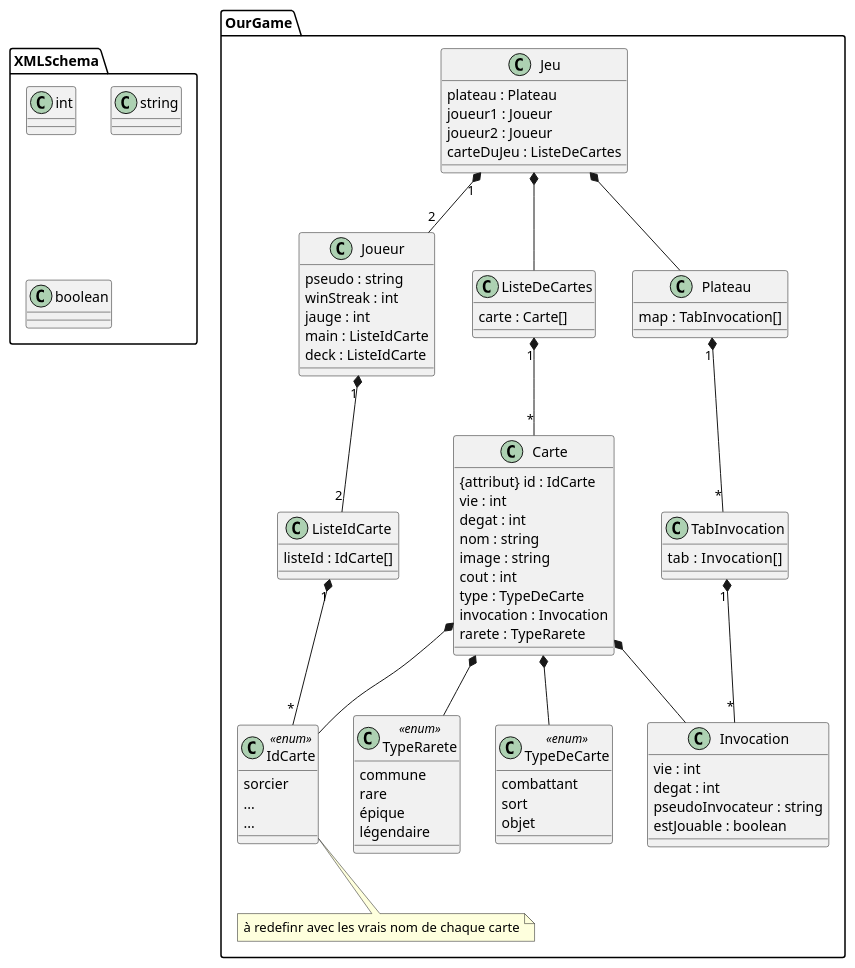
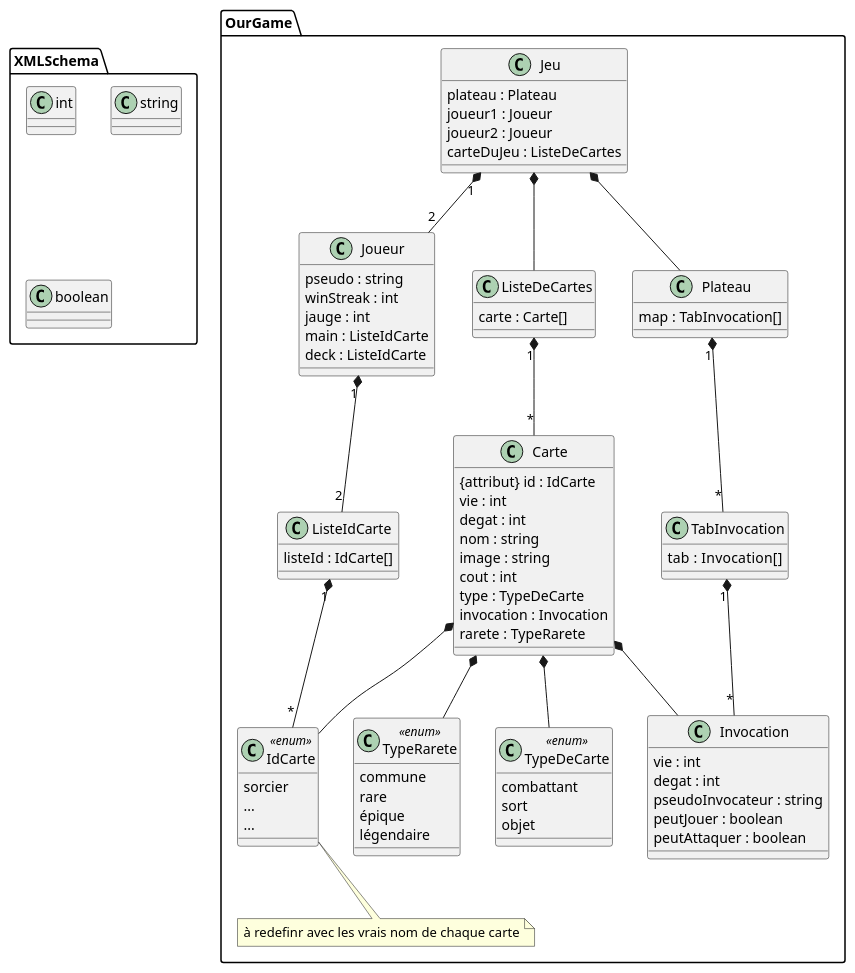
The diagram in UML/DiagrammeXML.puml (TennesseeAlves/CatRoyale), drawn with PlantUML before and after one commit. The commit also changed 1 other file, not shown here.

Commit message:
nouvelle version V2 XSD + UML

```diff
--- a/UML/DiagrammeXML.puml
+++ b/UML/DiagrammeXML.puml
@@ -2,101 +2,102 @@
 @startuml
 'https://plantuml.com/class-diagram
 
 package XMLSchema {
     class int{}
     class string{}
     class boolean{}
 }
 
 package OurGame{
     
     class Jeu{
         plateau : Plateau
         joueur1 : Joueur
         joueur2 : Joueur
         carteDuJeu : ListeDeCartes
     }
     
     class Plateau { 
         map : TabInvocation[]
     }
     
     class TabInvocation {
         tab :  Invocation[]
     }
     
     
     class Joueur {
         pseudo : string
         winStreak : int
         jauge : int
         main : ListeIdCarte
         deck : ListeIdCarte
     }
     
     class ListeDeCartes {
         carte : Carte[]
     }
     
     class Carte {
         {attribut} id : IdCarte
         vie : int
         degat : int
         nom : string
         image : string 
         cout : int
         type : TypeDeCarte
         invocation : Invocation
         rarete : TypeRarete
         
     }
     
     class IdCarte <<enum>> {
         sorcier 
         ...
         ...
     }
     
     class ListeIdCarte  {
         listeId : IdCarte[] 
     }
     
     
     class TypeDeCarte <<enum>> {
         combattant
         sort
         objet
     }
     
     class TypeRarete <<enum>> {
         commune
         rare
         épique
         légendaire
     }
     
     class Invocation {
         vie : int
         degat : int
         pseudoInvocateur : string
-        estJouable : boolean
+        peutJouer : boolean
+        peutAttaquer : boolean
     }
     
     
     Jeu *-- Plateau
     Jeu "1"*--"2" Joueur
     Jeu *-- ListeDeCartes
     TabInvocation "1"*--"*" Invocation
     Joueur "1"*--"2" ListeIdCarte
     ListeDeCartes "1"*--"*" Carte
     Carte *-- TypeDeCarte
     Carte *-- Invocation
     Carte *-- TypeRarete
     Carte *-- IdCarte
     ListeIdCarte "1" *-- "*" IdCarte
     Plateau "1"*--"*" TabInvocation 
     
     
     note bottom of IdCarte : à redefinr avec les vrais nom de chaque carte
 }
 @enduml
```
